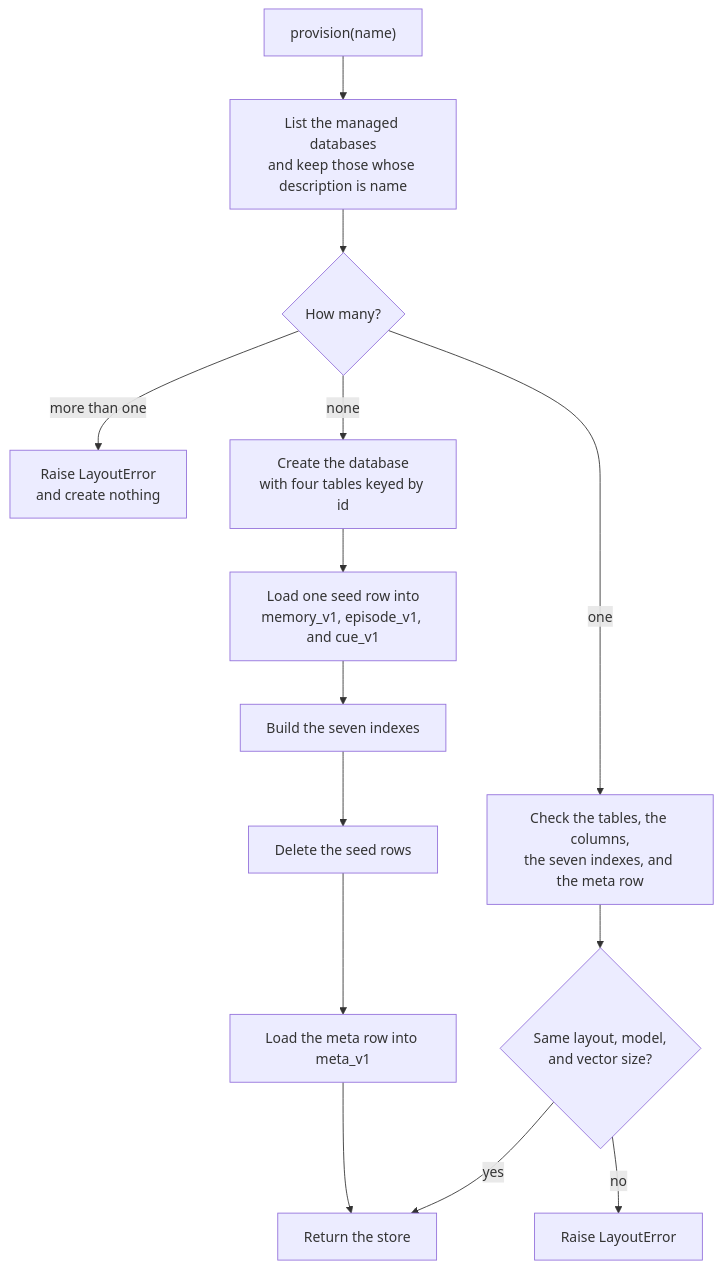
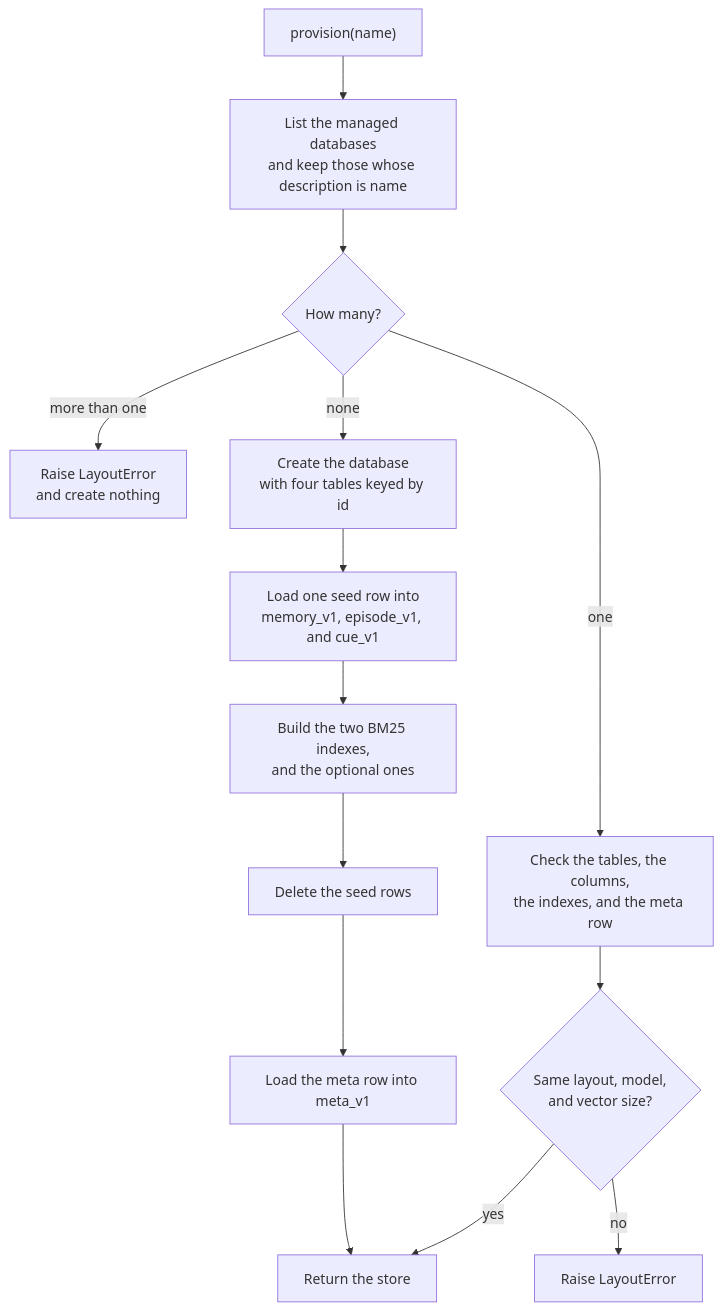
One commit to hotdata-dev/hotmemory changed the third of 12 diagrams in docs/internal/architecture.md. Above: the diagram before and after it, drawn with Mermaid. The commit also changed other lines of this file and 24 other files, not shown here.

First line of the commit message:
Phase 11, part 1: a large memory store, the sorted index made optional, and LongMemEval-S in full (#32)

````diff
--- a/docs/internal/architecture.md
+++ b/docs/internal/architecture.md
@@ -155,16 +155,16 @@
 ```mermaid
 flowchart TD
     start["provision(name)"] --> list["List the managed databases<br/>and keep those whose description is name"]
     list --> count{"How many?"}
     count -- "more than one" --> dup["Raise LayoutError<br/>and create nothing"]
-    count -- "one" --> check["Check the tables, the columns,<br/>the seven indexes, and the meta row"]
+    count -- "one" --> check["Check the tables, the columns,<br/>the indexes, and the meta row"]
     check --> same{"Same layout, model,<br/>and vector size?"}
     same -- "yes" --> open["Return the store"]
     same -- "no" --> bad["Raise LayoutError"]
     count -- "none" --> create["Create the database<br/>with four tables keyed by id"]
     create --> seed["Load one seed row into<br/>memory_v1, episode_v1, and cue_v1"]
-    seed --> index["Build the seven indexes"]
+    seed --> index["Build the two BM25 indexes,<br/>and the optional ones"]
     index --> unseed["Delete the seed rows"]
     unseed --> meta["Load the meta row into meta_v1"]
     meta --> open
 ```
````
